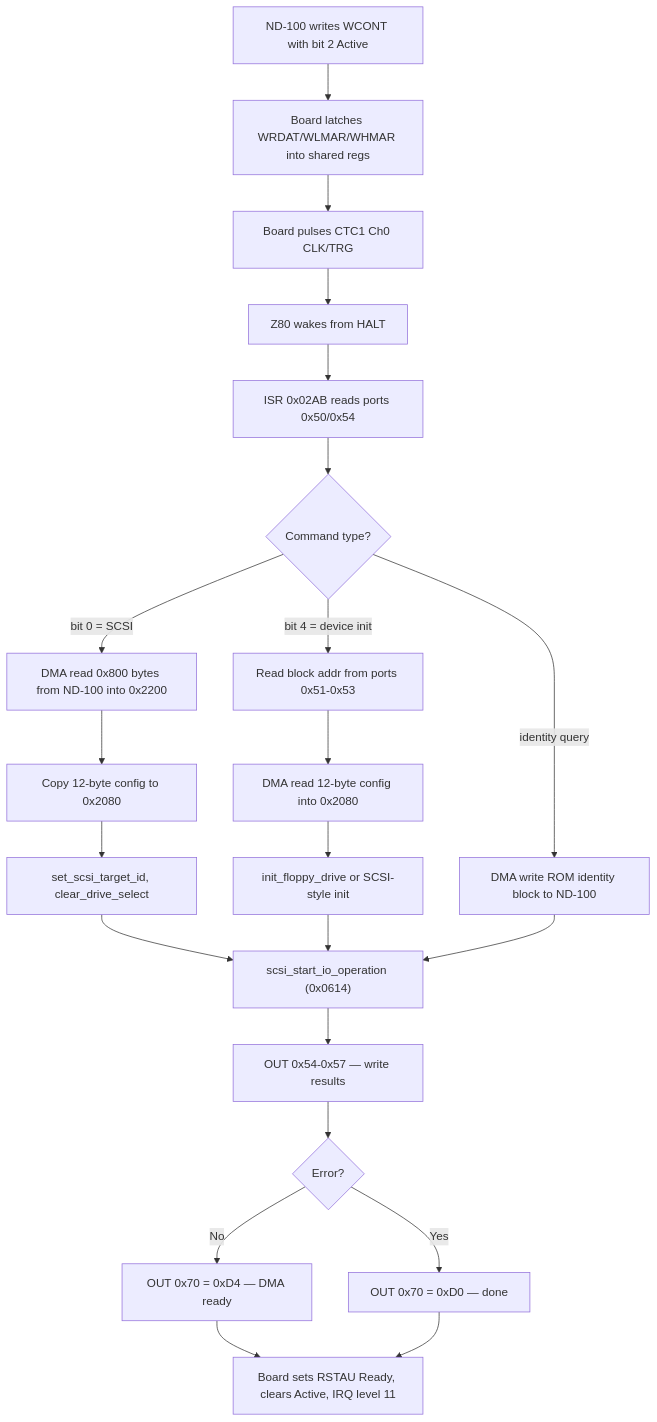
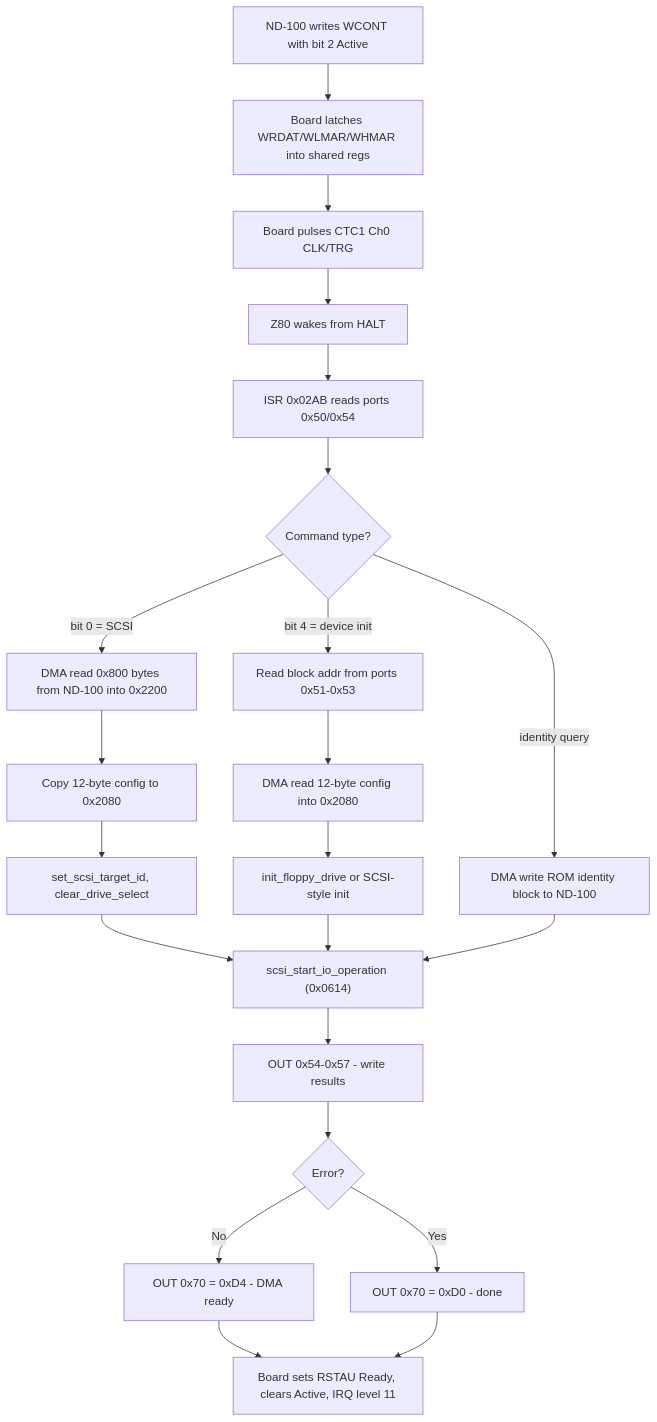
The eighth of 13 diagrams in SINTRAN/Devices/SCSI/nd-scsi-3201.md (HackerCorpLabs/NDInsight), drawn with Mermaid before and after one commit. The commit also changed other lines of this file and 1931 other files, not shown here.

````diff
--- a/SINTRAN/Devices/SCSI/nd-scsi-3201.md
+++ b/SINTRAN/Devices/SCSI/nd-scsi-3201.md
@@ -1268,30 +1574,30 @@
 ```mermaid
 flowchart TD
     WCONT["ND-100 writes WCONT with bit 2 Active"]
     LATCH["Board latches WRDAT/WLMAR/WHMAR into shared regs"]
     PULSE["Board pulses CTC1 Ch0 CLK/TRG"]
     WAKE["Z80 wakes from HALT"]
     ISR["ISR 0x02AB reads ports 0x50/0x54"]
     DECODE{"Command type?"}
     SCSI_DMA["DMA read 0x800 bytes from ND-100 into 0x2200"]
     SCSI_CFG["Copy 12-byte config to 0x2080"]
     SCSI_ID["set_scsi_target_id, clear_drive_select"]
     FLOPPY_RD["Read block addr from ports 0x51-0x53"]
     FLOPPY_CFG["DMA read 12-byte config into 0x2080"]
     FLOPPY_INIT["init_floppy_drive or SCSI-style init"]
     IDENT["DMA write ROM identity block to ND-100"]
     IO_OP["scsi_start_io_operation (0x0614)"]
-    RESULTS["OUT 0x54-0x57 — write results"]
+    RESULTS["OUT 0x54-0x57 - write results"]
     SIGNAL{"Error?"}
-    DMA_START["OUT 0x70 = 0xD4 — DMA ready"]
-    DISCONNECT["OUT 0x70 = 0xD0 — done"]
+    DMA_START["OUT 0x70 = 0xD4 - DMA ready"]
+    DISCONNECT["OUT 0x70 = 0xD0 - done"]
     ND100_IRQ["Board sets RSTAU Ready, clears Active, IRQ level 11"]
 
     WCONT --> LATCH --> PULSE --> WAKE --> ISR --> DECODE
     DECODE -->|bit 0 = SCSI| SCSI_DMA --> SCSI_CFG --> SCSI_ID --> IO_OP
     DECODE -->|bit 4 = device init| FLOPPY_RD --> FLOPPY_CFG --> FLOPPY_INIT --> IO_OP
     DECODE -->|identity query| IDENT --> IO_OP
     IO_OP --> RESULTS --> SIGNAL
     SIGNAL -->|No| DMA_START --> ND100_IRQ
     SIGNAL -->|Yes| DISCONNECT --> ND100_IRQ
 ```
````
